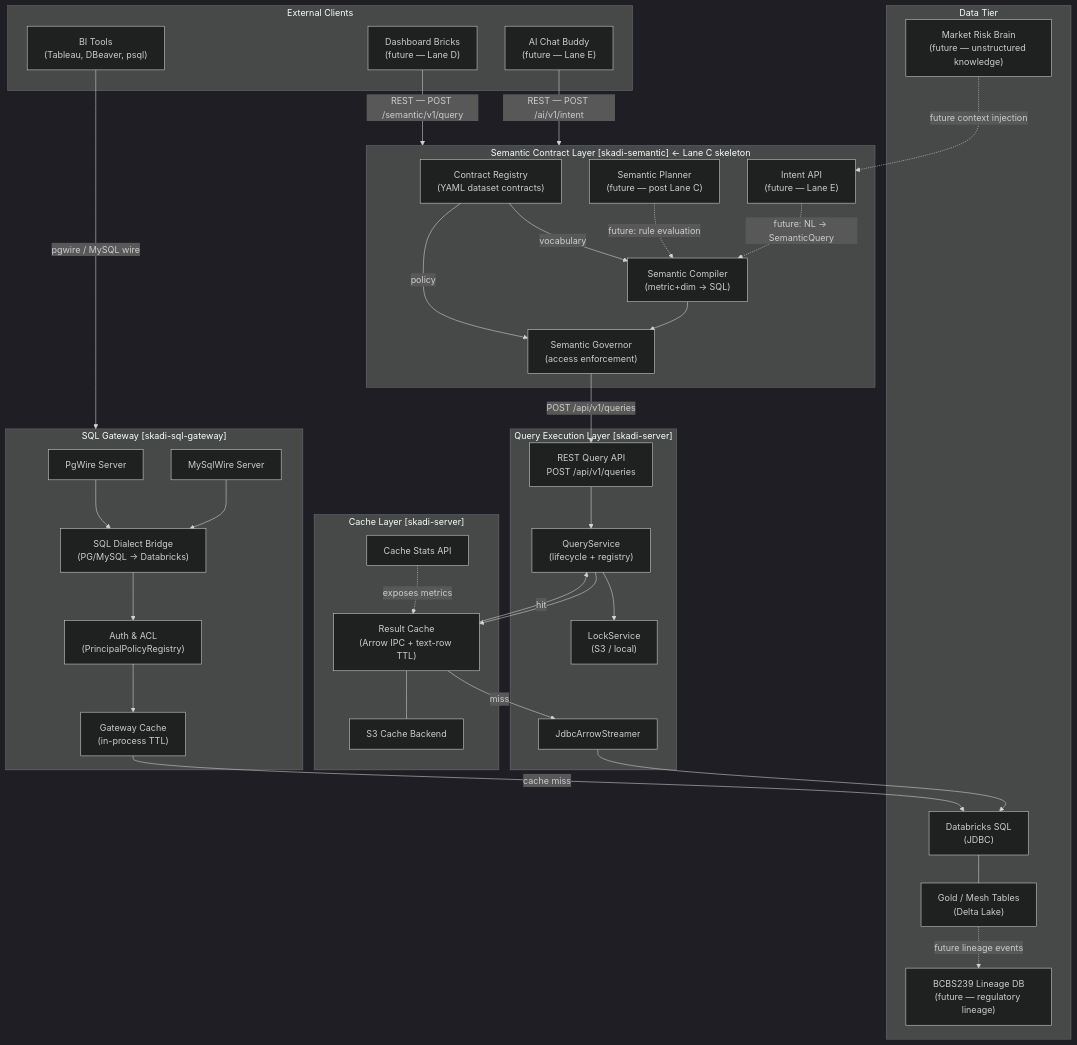
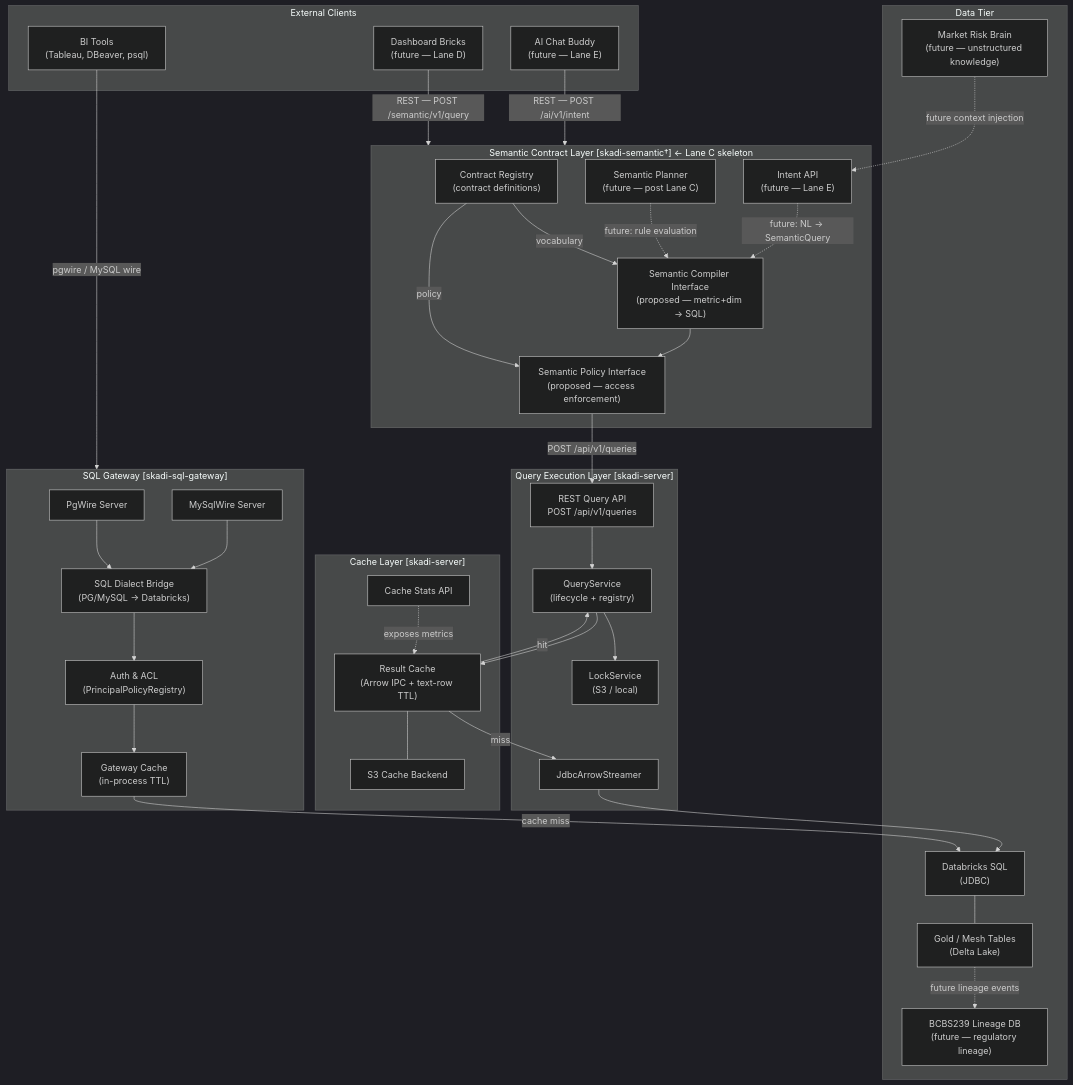
Before and after one commit to iceforge-io/skadi: the diagram in ai/architecture/platform-boundary-model.md, drawn with Mermaid (dark theme). The commit also changed other lines of this file, not shown here.

````diff
--- a/ai/architecture/platform-boundary-model.md
+++ b/ai/architecture/platform-boundary-model.md
@@ -25,76 +30,76 @@
 ```mermaid
 graph TB
     subgraph clients["External Clients"]
         BI["BI Tools\n(Tableau, DBeaver, psql)"]
         DASH["Dashboard Bricks\n(future — Lane D)"]
         CHAT["AI Chat Buddy\n(future — Lane E)"]
     end
 
     subgraph gateway["SQL Gateway  [skadi-sql-gateway]"]
         PGWIRE["PgWire Server"]
         MYSQL["MySqlWire Server"]
         DIALECT["SQL Dialect Bridge\n(PG/MySQL → Databricks)"]
         AUTH["Auth & ACL\n(PrincipalPolicyRegistry)"]
         GWCACHE["Gateway Cache\n(in-process TTL)"]
     end
 
-    subgraph semantic["Semantic Contract Layer  [skadi-semantic]  ← Lane C skeleton"]
-        CONTRACTS["Contract Registry\n(YAML dataset contracts)"]
-        COMPILER["Semantic Compiler\n(metric+dim → SQL)"]
-        GOVERNOR["Semantic Governor\n(access enforcement)"]
+    subgraph semantic["Semantic Contract Layer  [skadi-semantic†]  ← Lane C skeleton"]
+        CONTRACTS["Contract Registry\n(contract definitions)"]
+        COMPILER["Semantic Compiler Interface\n(proposed — metric+dim → SQL)"]
+        GOVERNOR["Semantic Policy Interface\n(proposed — access enforcement)"]
         PLANNER["Semantic Planner\n(future — post Lane C)"]
         INTENTAPI["Intent API\n(future — Lane E)"]
     end
 
     subgraph execution["Query Execution Layer  [skadi-server]"]
         QAPI["REST Query API\nPOST /api/v1/queries"]
         QSvc["QueryService\n(lifecycle + registry)"]
         LOCK["LockService\n(S3 / local)"]
         STREAMER["JdbcArrowStreamer"]
     end
 
     subgraph cache["Cache Layer  [skadi-server]"]
         RCACHE["Result Cache\n(Arrow IPC + text-row TTL)"]
         S3["S3 Cache Backend"]
         CSTATS["Cache Stats API"]
     end
 
     subgraph data["Data Tier"]
         DB["Databricks SQL\n(JDBC)"]
         GOLD["Gold / Mesh Tables\n(Delta Lake)"]
         MRB["Market Risk Brain\n(future — unstructured knowledge)"]
         BCBS["BCBS239 Lineage DB\n(future — regulatory lineage)"]
     end
 
     BI -->|pgwire / MySQL wire| gateway
     DASH -->|REST — POST /semantic/v1/query| semantic
     CHAT -->|REST — POST /ai/v1/intent| semantic
 
     PGWIRE --> DIALECT
     MYSQL --> DIALECT
     DIALECT --> AUTH
     AUTH --> GWCACHE
     GWCACHE -->|cache miss| DB
 
     CONTRACTS -->|vocabulary| COMPILER
     CONTRACTS -->|policy| GOVERNOR
     COMPILER --> GOVERNOR
     GOVERNOR -->|POST /api/v1/queries| QAPI
 
     QAPI --> QSvc
     QSvc --> LOCK
     QSvc --> RCACHE
     RCACHE -->|hit| QSvc
     RCACHE -->|miss| STREAMER
     STREAMER --> DB
 
     RCACHE --- S3
     CSTATS -.->|exposes metrics| RCACHE
 
     DB --- GOLD
     GOLD -.->|future lineage events| BCBS
     MRB -.->|future context injection| INTENTAPI
 
     PLANNER -.->|future: rule evaluation| COMPILER
     INTENTAPI -.->|future: NL → SemanticQuery| COMPILER
 ```
````
